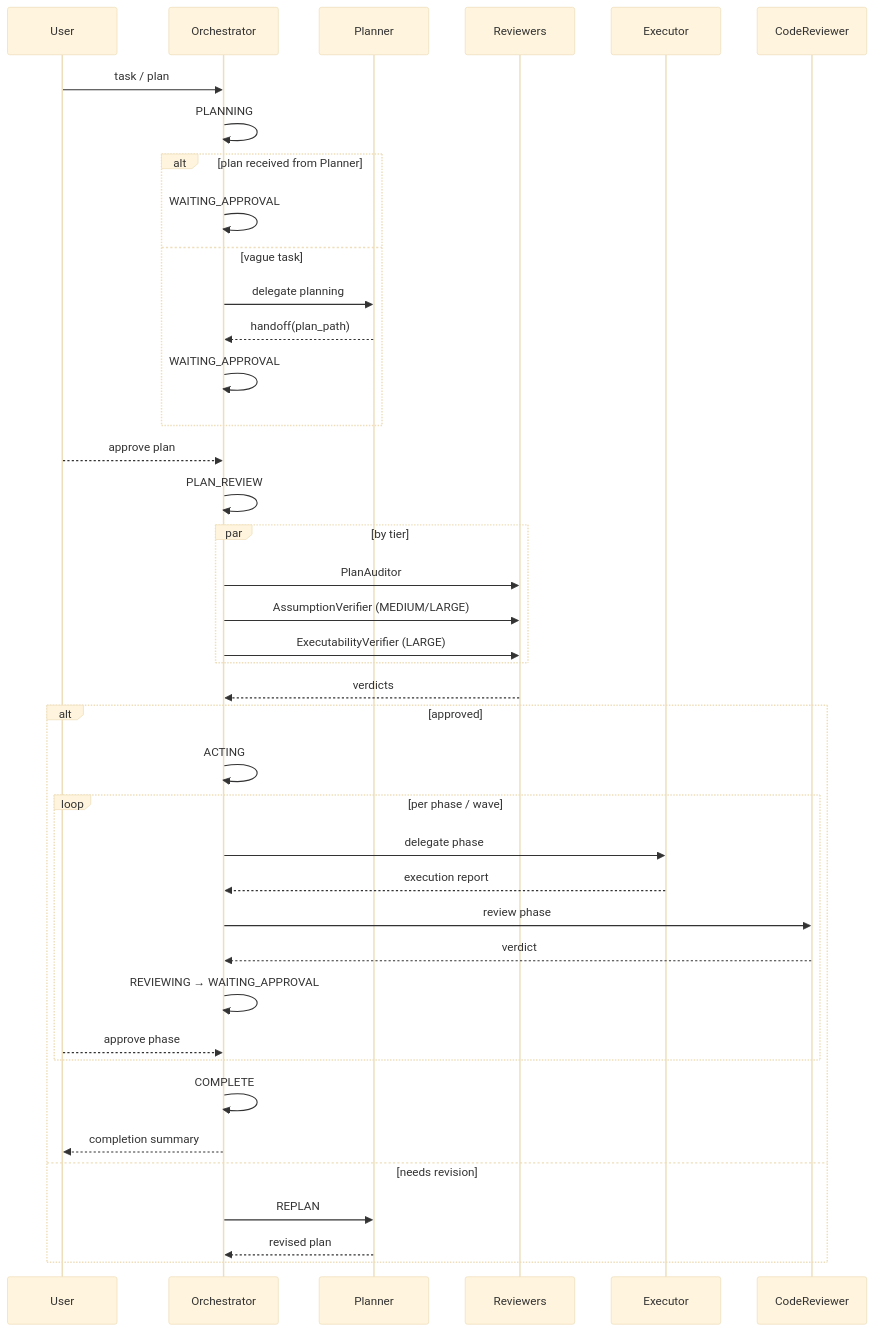
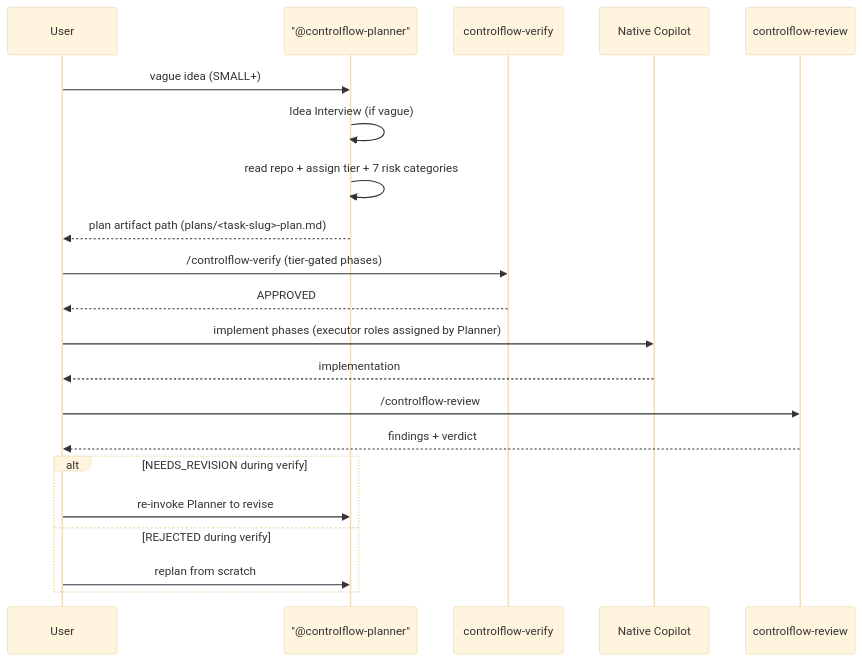
Before and after one commit to Smithbox-ai/ControlFlow: the second of 2 diagrams in docs/tutorial-en/05-orchestration.md, drawn with Mermaid (base theme). The commit also changed other lines of this file and 51 other files, not shown here.

````diff
--- a/docs/tutorial-en/05-orchestration.md
+++ b/docs/tutorial-en/05-orchestration.md
@@ -62,43 +105,24 @@
 ```mermaid
 sequenceDiagram
     participant U as User
-    participant O as Orchestrator
-    participant P as Planner
-    participant Rev as Reviewers
-    participant E as Executor
-    participant CR as CodeReviewer
+    participant P as "@controlflow-planner"
+    participant V as controlflow-verify
+    participant N as Native Copilot
+    participant R as controlflow-review
 
-    U->>O: task / plan
-    O->>O: PLANNING
-    alt plan received from Planner
-        O->>O: WAITING_APPROVAL
-    else vague task
-        O->>P: delegate planning
-        P-->>O: handoff(plan_path)
-        O->>O: WAITING_APPROVAL
-    end
-    U-->>O: approve plan
-    O->>O: PLAN_REVIEW
-    par by tier
-        O->>Rev: PlanAuditor
-        O->>Rev: AssumptionVerifier (MEDIUM/LARGE)
-        O->>Rev: ExecutabilityVerifier (LARGE)
-    end
-    Rev-->>O: verdicts
-    alt approved
-        O->>O: ACTING
-        loop per phase / wave
-            O->>E: delegate phase
-            E-->>O: execution report
-            O->>CR: review phase
-            CR-->>O: verdict
-            O->>O: REVIEWING → WAITING_APPROVAL
-            U-->>O: approve phase
-        end
-        O->>O: COMPLETE
-        O-->>U: completion summary
-    else needs revision
-        O->>P: REPLAN
-        P-->>O: revised plan
+    U->>P: vague idea (SMALL+)
+    P->>P: Idea Interview (if vague)
+    P->>P: read repo + assign tier + 7 risk categories
+    P-->>U: plan artifact path (plans/<task-slug>-plan.md)
+    U->>V: /controlflow-verify (tier-gated phases)
+    V-->>U: APPROVED
+    U->>N: implement phases (executor roles assigned by Planner)
+    N-->>U: implementation
+    U->>R: /controlflow-review
+    R-->>U: findings + verdict
+    alt NEEDS_REVISION during verify
+        U->>P: re-invoke Planner to revise
+    else REJECTED during verify
+        U->>P: replan from scratch
     end
 ```
````
